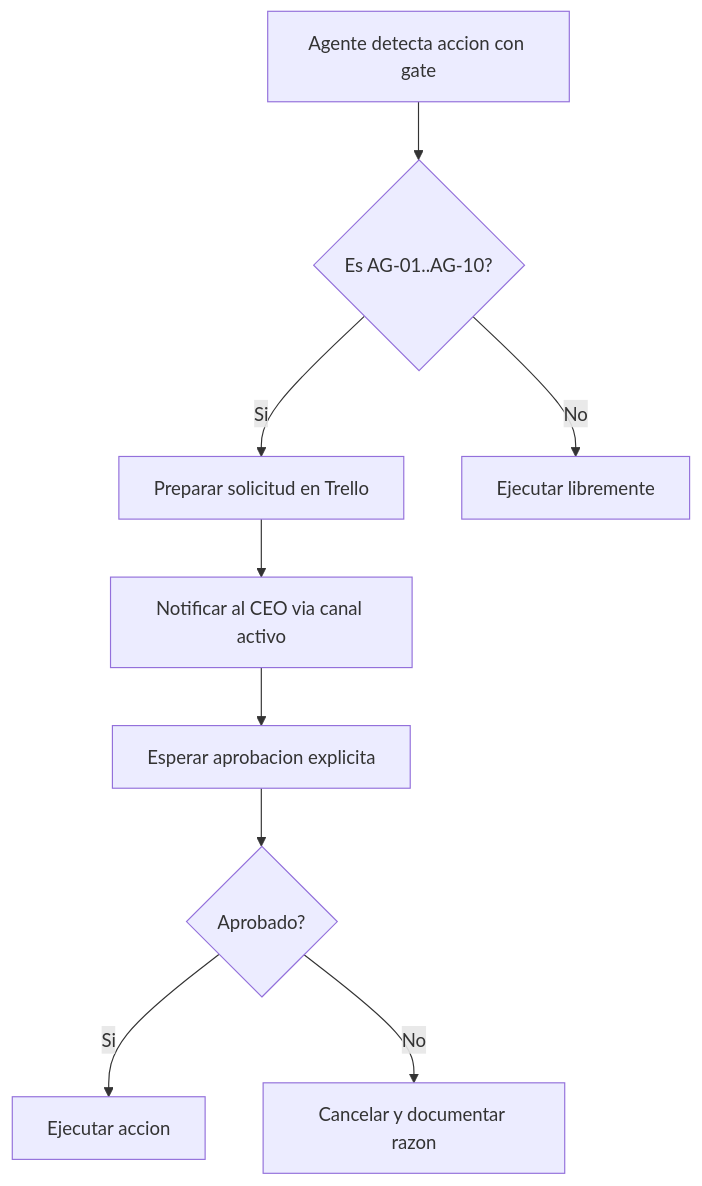
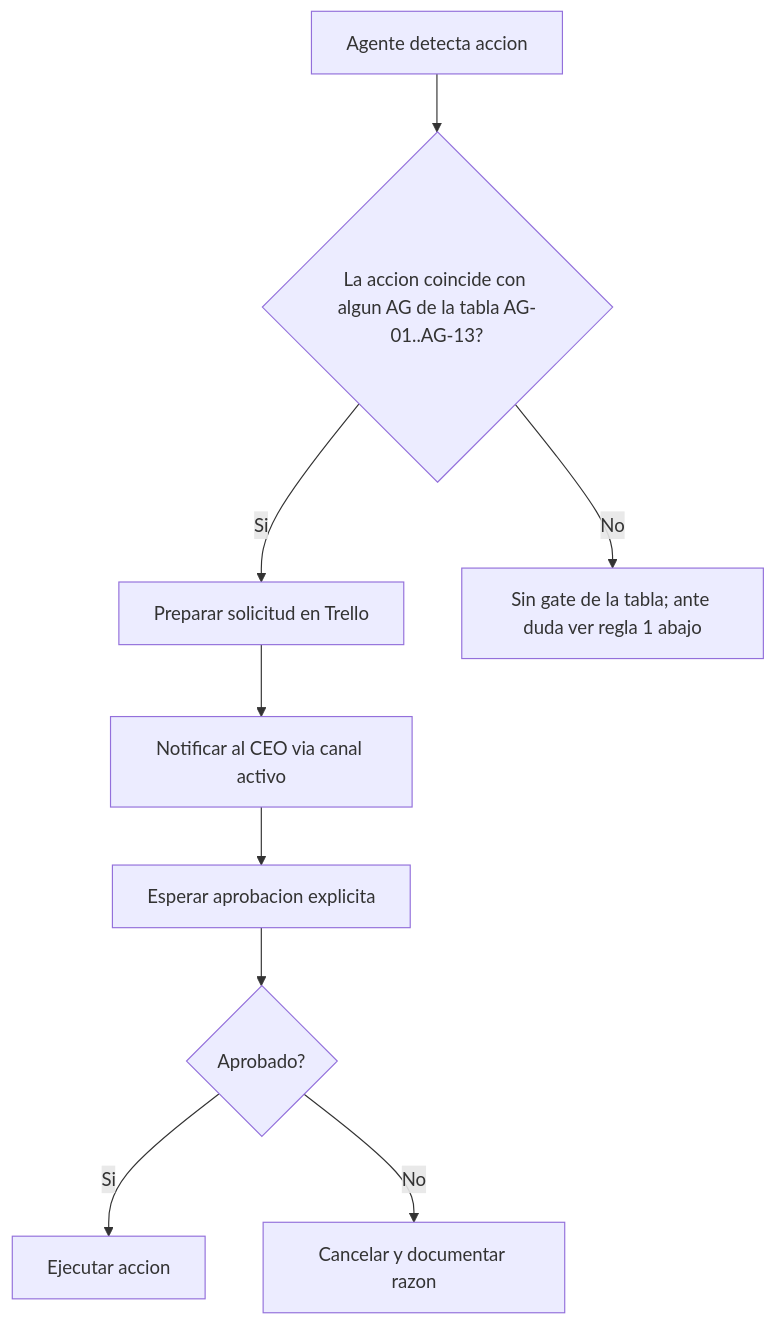
The diagram in jarvis-ecosystem/docs/APPROVAL_GATES.md (Abrahan-Eagle/clawvis-openclaw), drawn with Mermaid before and after one commit. The commit also changed other lines of this file and 474 other files, not shown here.

````diff
--- a/jarvis-ecosystem/docs/APPROVAL_GATES.md
+++ b/jarvis-ecosystem/docs/APPROVAL_GATES.md
@@ -37,11 +40,11 @@
 ```mermaid
 flowchart TD
-    Agent["Agente detecta accion con gate"] --> Check{"Es AG-01..AG-10?"}
+    Agent["Agente detecta accion"] --> Check{"La accion coincide con algun AG de la tabla AG-01..AG-13?"}
     Check -->|Si| Prepare["Preparar solicitud en Trello"]
     Prepare --> Notify["Notificar al CEO via canal activo"]
     Notify --> Wait["Esperar aprobacion explicita"]
     Wait --> Approved{"Aprobado?"}
     Approved -->|Si| Execute["Ejecutar accion"]
     Approved -->|No| Cancel["Cancelar y documentar razon"]
-    Check -->|No| FreeAction["Ejecutar libremente"]
+    Check -->|No| FreeAction["Sin gate de la tabla; ante duda ver regla 1 abajo"]
 ```
````
